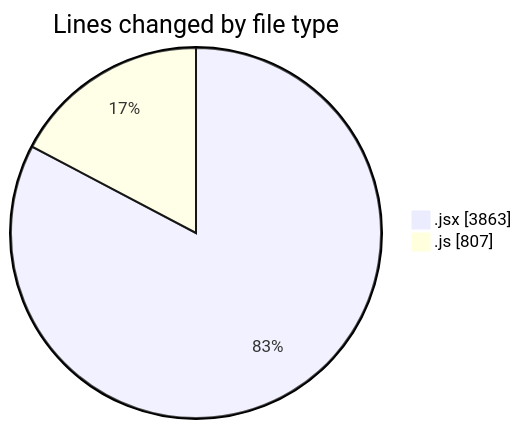
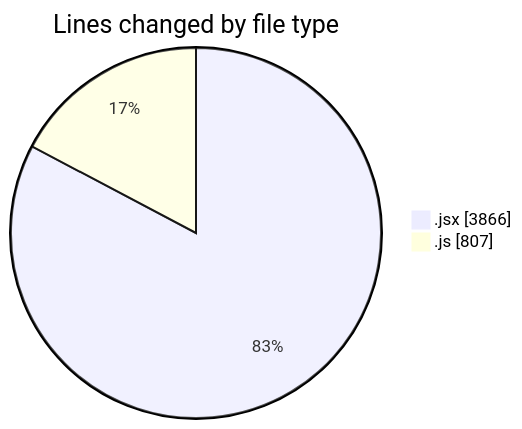
The first of 2 diagrams in 2025-07-14/argos/README.md (nxtqubesakshisongat/code-tracking), drawn with Mermaid before and after one commit. The commit also changed other lines of this file and 1 other file, not shown here.

````diff
--- a/2025-07-14/argos/README.md
+++ b/2025-07-14/argos/README.md
@@ -28,6 +28,6 @@
 ```mermaid
 pie showData
 title Lines changed by file type
-".jsx" : 3863
+".jsx" : 3866
 ".js" : 807
 ```
````
